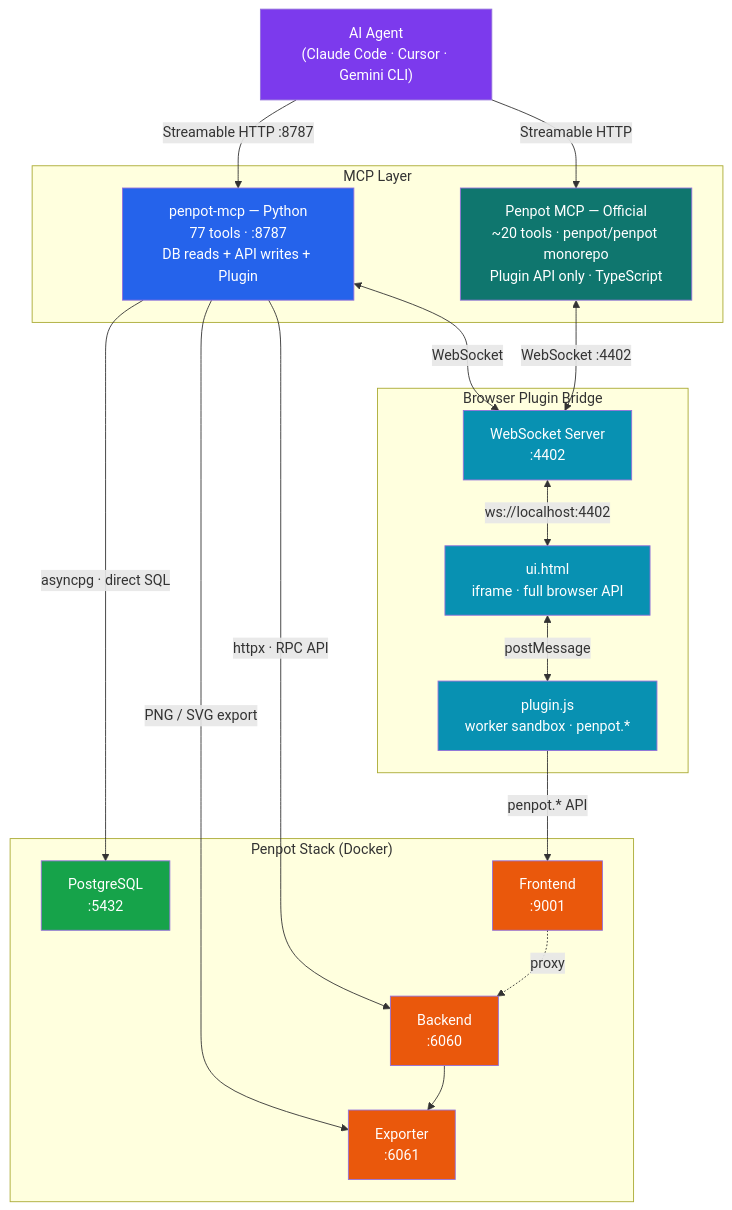
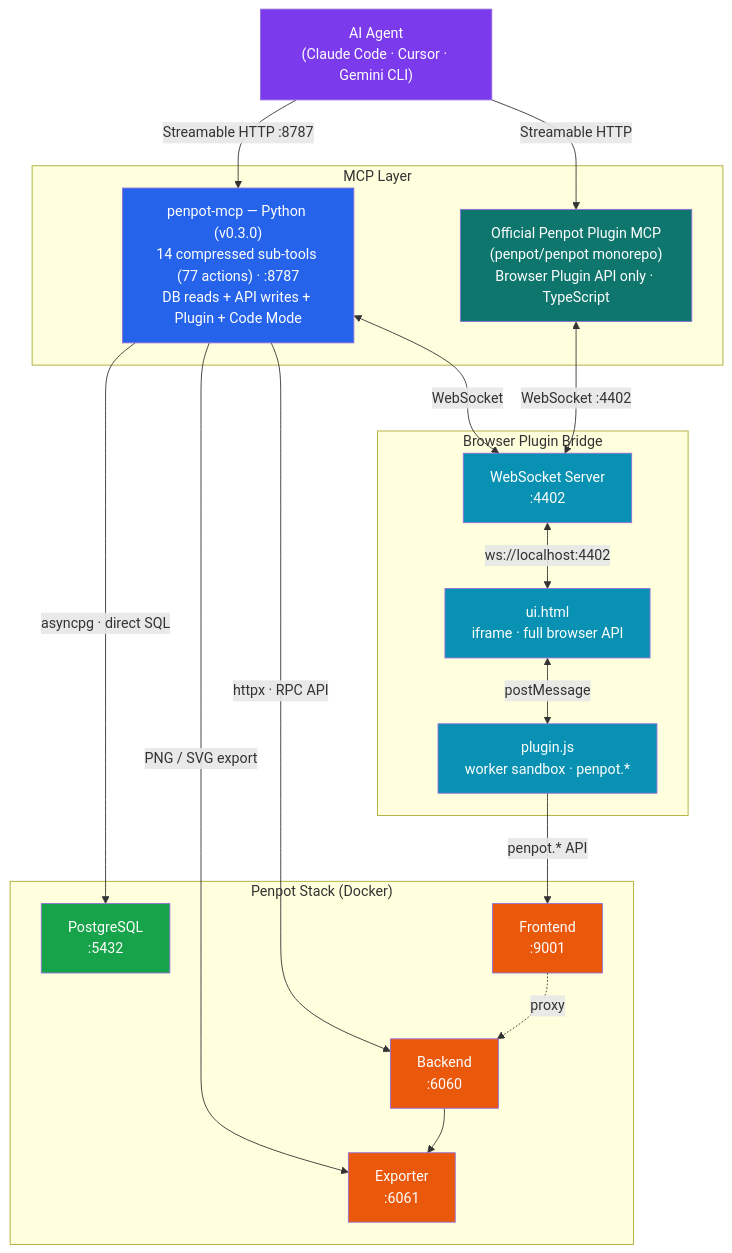
One commit to ancrz/penpot-mcp-server changed the second of 2 diagrams in README.md. Above: the diagram before and after it, drawn with Mermaid. The commit also changed other lines of this file and 23 other files, not shown here.

````diff
--- a/README.md
+++ b/README.md
@@ -45,49 +47,49 @@
 ```mermaid
 graph TB
     AI["AI Agent\n(Claude Code · Cursor · Gemini CLI)"]
 
     subgraph SERVERS["MCP Layer"]
-        MCP["penpot-mcp — Python\n77 tools · :8787\nDB reads + API writes + Plugin"]
-        OMCP["Penpot MCP — Official\n~20 tools · penpot/penpot monorepo\nPlugin API only · TypeScript"]
+        MCP["penpot-mcp — Python (v0.3.0)\n14 compressed sub-tools (77 actions) · :8787\nDB reads + API writes + Plugin + Code Mode"]
+        OMCP["Official Penpot Plugin MCP\n(penpot/penpot monorepo)\nBrowser Plugin API only · TypeScript"]
     end
 
     subgraph PENPOT["Penpot Stack (Docker)"]
         PG["PostgreSQL\n:5432"]
         BE["Backend\n:6060"]
         FE["Frontend\n:9001"]
         EX["Exporter\n:6061"]
     end
 
     subgraph BRIDGE["Browser Plugin Bridge"]
         WS["WebSocket Server\n:4402"]
         UI["ui.html\niframe · full browser API"]
         PJ["plugin.js\nworker sandbox · penpot.*"]
     end
 
     AI -->|"Streamable HTTP :8787"| MCP
     AI -->|"Streamable HTTP"| OMCP
 
     MCP -->|"asyncpg · direct SQL"| PG
     MCP -->|"httpx · RPC API"| BE
     MCP -->|"PNG / SVG export"| EX
     MCP <-->|"WebSocket"| WS
 
     OMCP <-->|"WebSocket :4402"| WS
 
     WS <-->|"ws://localhost:4402"| UI
     UI <-->|"postMessage"| PJ
     PJ -->|"penpot.* API"| FE
     FE -.->|"proxy"| BE
     BE --> EX
 
     style AI fill:#7c3aed,color:#fff
     style MCP fill:#2563eb,color:#fff
     style OMCP fill:#0f766e,color:#fff
     style PG fill:#16a34a,color:#fff
     style BE fill:#ea580c,color:#fff
     style FE fill:#ea580c,color:#fff
     style EX fill:#ea580c,color:#fff
     style WS fill:#0891b2,color:#fff
     style UI fill:#0891b2,color:#fff
     style PJ fill:#0891b2,color:#fff
 ```
````
